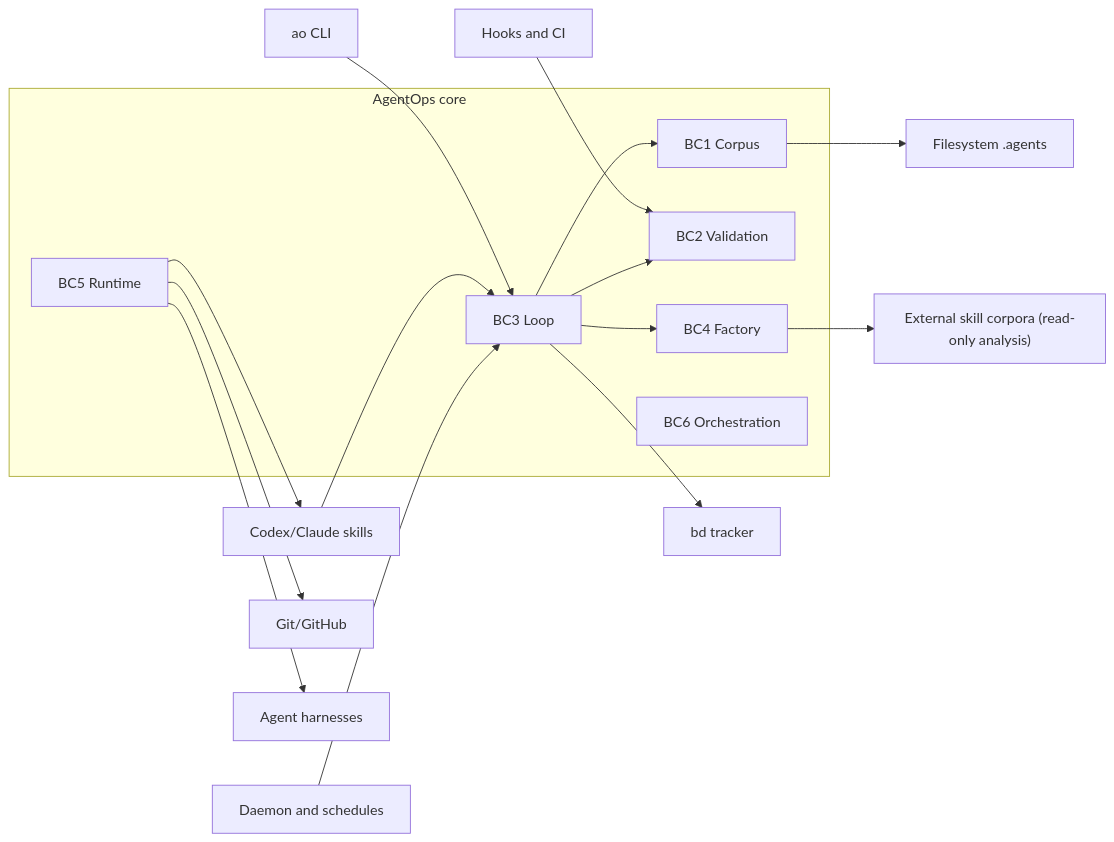
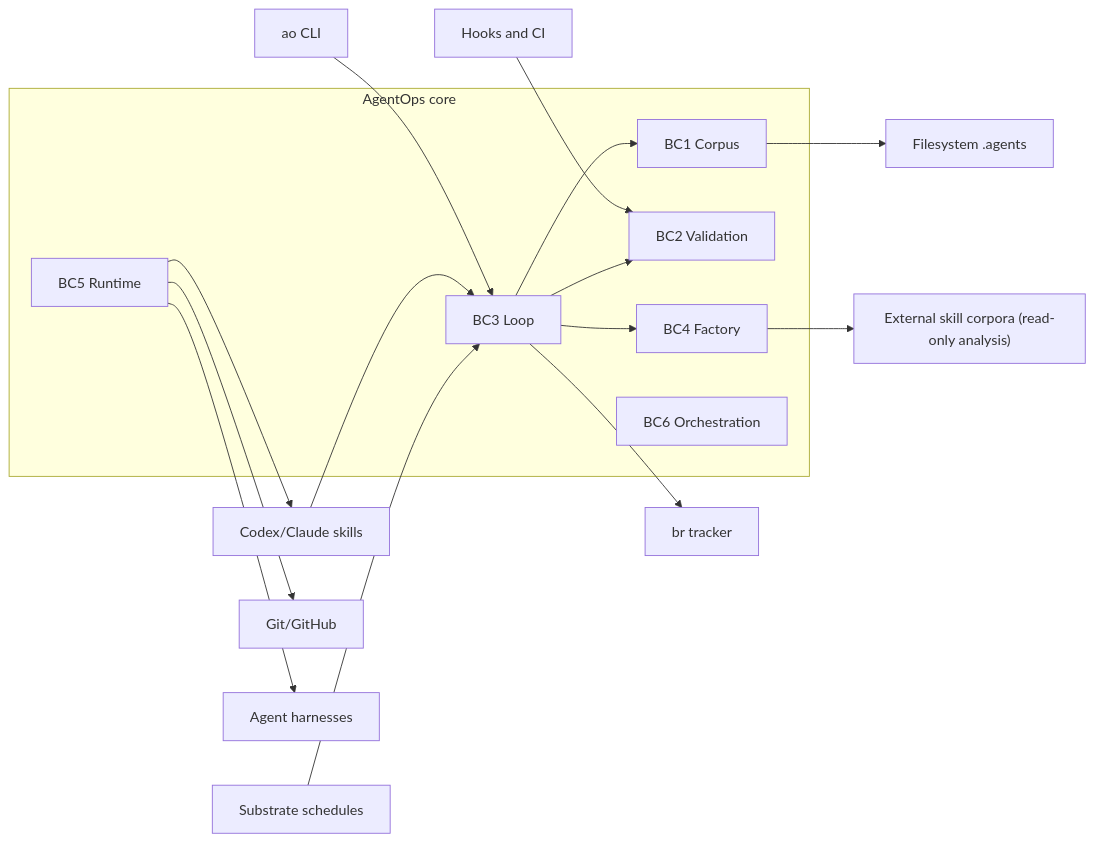
Before and after one commit to boshu2/agentops: the diagram in docs/reference/agentops-hexagonal-architecture-map.md, drawn with Mermaid. The commit also changed other lines of this file and 28 other files, not shown here.

````diff
--- a/docs/reference/agentops-hexagonal-architecture-map.md
+++ b/docs/reference/agentops-hexagonal-architecture-map.md
@@ -33,36 +33,36 @@
 ```mermaid
 flowchart LR
   CLI["ao CLI"]
   Skills["Codex/Claude skills"]
   Hooks["Hooks and CI"]
-  Daemon["Daemon and schedules"]
+  Substrate["Substrate schedules"]
 
   subgraph Hex["AgentOps core"]
     Corpus["BC1 Corpus"]
     Validation["BC2 Validation"]
     Loop["BC3 Loop"]
     Factory["BC4 Factory"]
     Runtime["BC5 Runtime"]
     Orchestration["BC6 Orchestration"]
   end
 
   FS["Filesystem .agents"]
-  BD["bd tracker"]
+  BR["br tracker"]
   Git["Git/GitHub"]
   Harness["Agent harnesses"]
   ExtCorpus["External skill corpora (read-only analysis)"]
 
   CLI --> Loop
   Skills --> Loop
   Hooks --> Validation
-  Daemon --> Loop
+  Substrate --> Loop
   Loop --> Corpus
   Loop --> Validation
   Loop --> Factory
   Runtime --> Skills
   Corpus --> FS
-  Loop --> BD
+  Loop --> BR
   Runtime --> Git
   Runtime --> Harness
   Factory --> ExtCorpus
 ```
````
